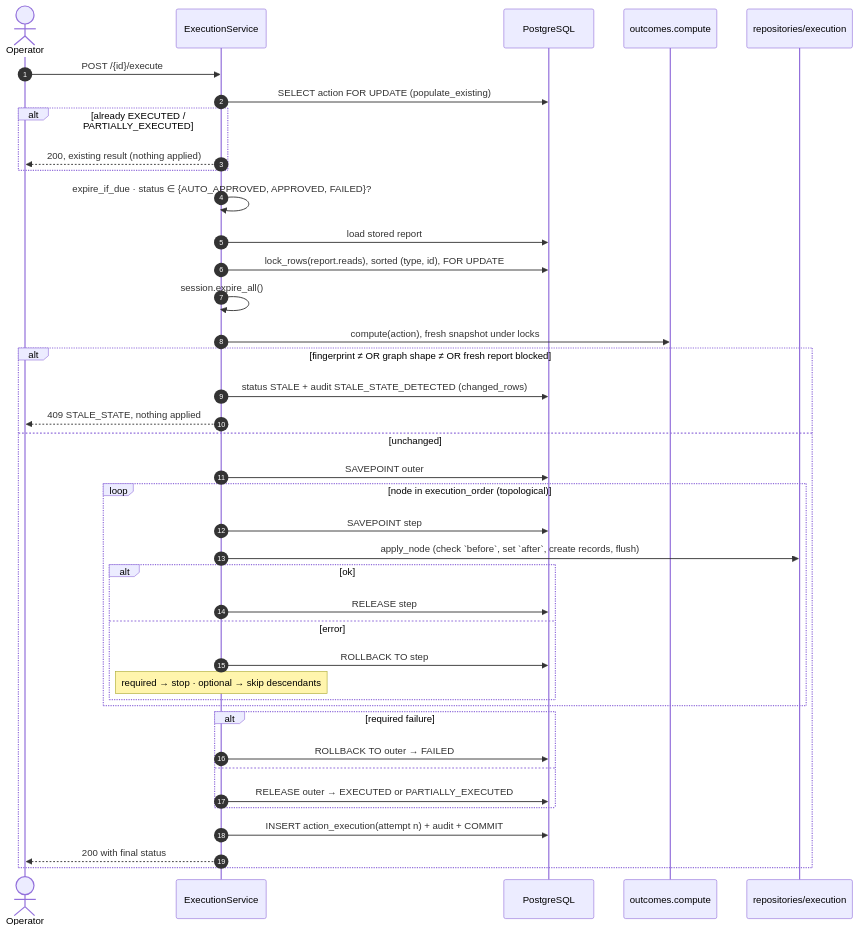
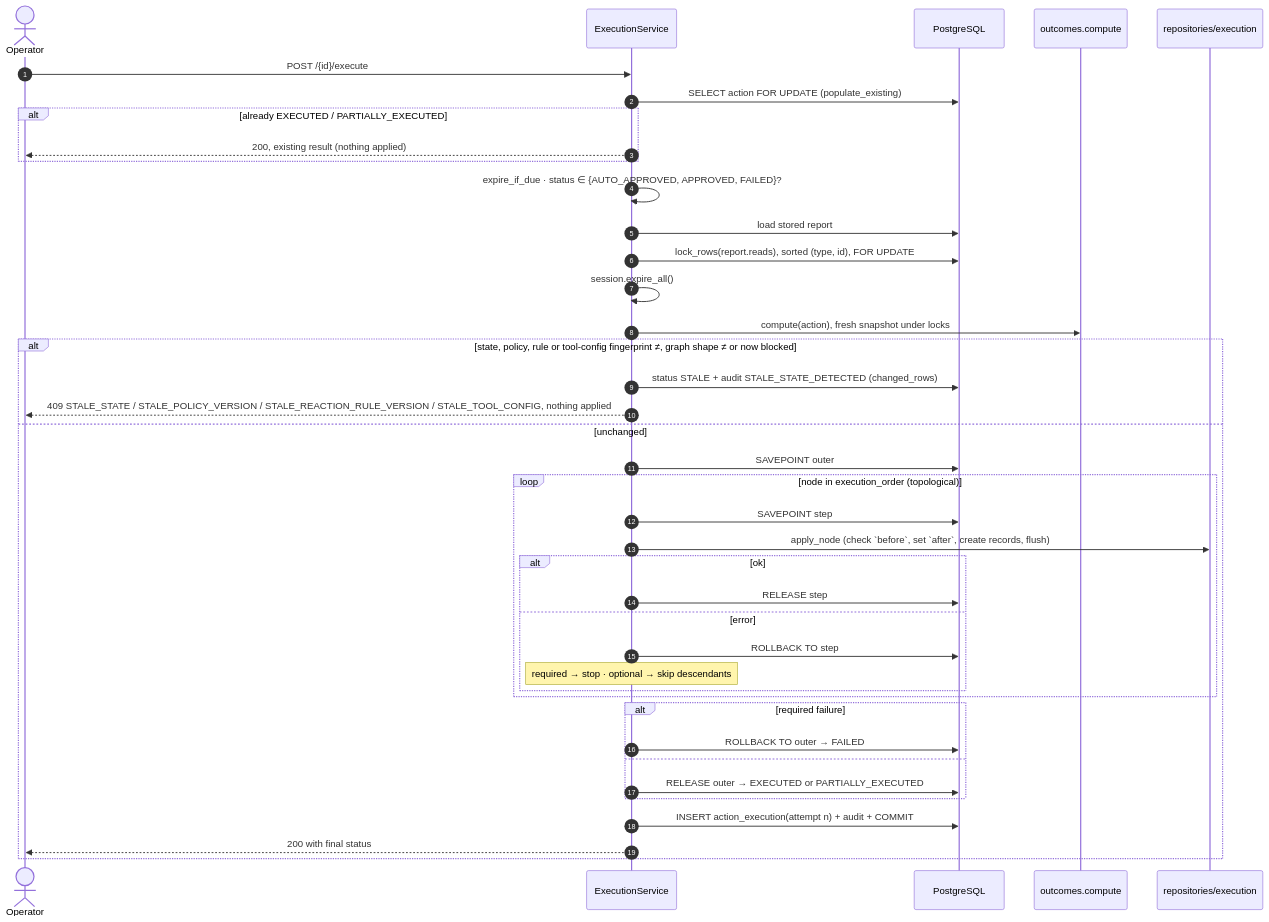
One commit to KRYSTALM7/cascade changed the seventh of 10 diagrams in docs/TECHNICAL_DESIGN.md. Above: the diagram before and after it, drawn with Mermaid. The commit also changed other lines of this file and 78 other files, not shown here.

````diff
--- a/docs/TECHNICAL_DESIGN.md
+++ b/docs/TECHNICAL_DESIGN.md
@@ -609,43 +615,43 @@
 ```mermaid
 sequenceDiagram
     autonumber
     actor Op as Operator
     participant ES as ExecutionService
     participant DB as PostgreSQL
     participant OC as outcomes.compute
     participant RE as repositories/execution
 
     Op->>ES: POST /{id}/execute
     ES->>DB: SELECT action FOR UPDATE (populate_existing)
     alt already EXECUTED / PARTIALLY_EXECUTED
         ES-->>Op: 200, existing result (nothing applied)
     end
     ES->>ES: expire_if_due · status ∈ {AUTO_APPROVED, APPROVED, FAILED}?
     ES->>DB: load stored report
     ES->>DB: lock_rows(report.reads), sorted (type, id), FOR UPDATE
     ES->>ES: session.expire_all()
     ES->>OC: compute(action), fresh snapshot under locks
-    alt fingerprint ≠ OR graph shape ≠ OR fresh report blocked
+    alt state, policy, rule or tool-config fingerprint ≠, graph shape ≠ or now blocked
         ES->>DB: status STALE + audit STALE_STATE_DETECTED (changed_rows)
-        ES-->>Op: 409 STALE_STATE, nothing applied
+        ES-->>Op: 409 STALE_STATE / STALE_POLICY_VERSION / STALE_REACTION_RULE_VERSION / STALE_TOOL_CONFIG, nothing applied
     else unchanged
         ES->>DB: SAVEPOINT outer
         loop node in execution_order (topological)
             ES->>DB: SAVEPOINT step
             ES->>RE: apply_node (check `before`, set `after`, create records, flush)
             alt ok
                 ES->>DB: RELEASE step
             else error
                 ES->>DB: ROLLBACK TO step
                 Note over ES: required → stop · optional → skip descendants
             end
         end
         alt required failure
             ES->>DB: ROLLBACK TO outer → FAILED
         else
             ES->>DB: RELEASE outer → EXECUTED or PARTIALLY_EXECUTED
         end
         ES->>DB: INSERT action_execution(attempt n) + audit + COMMIT
         ES-->>Op: 200 with final status
     end
 ```
````
